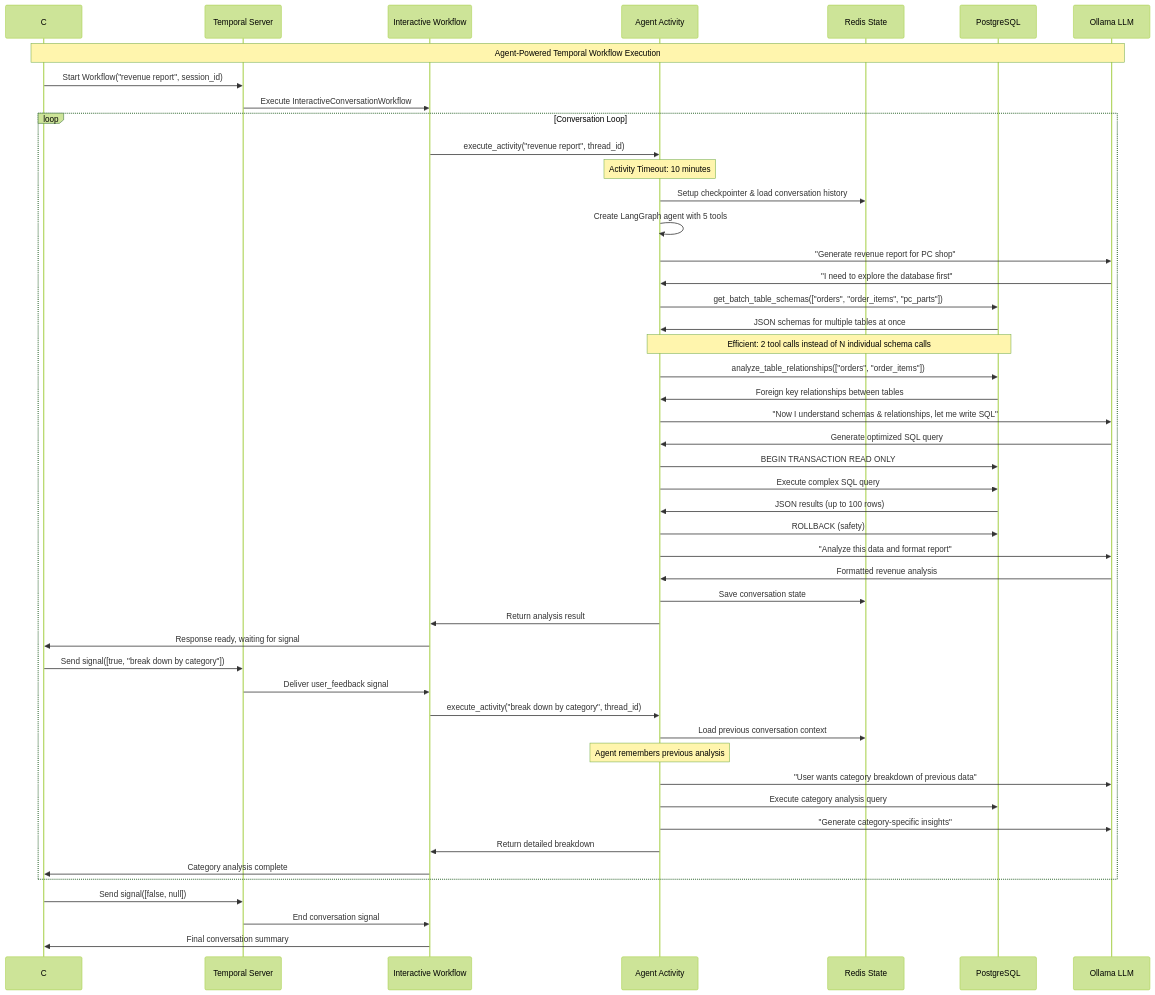
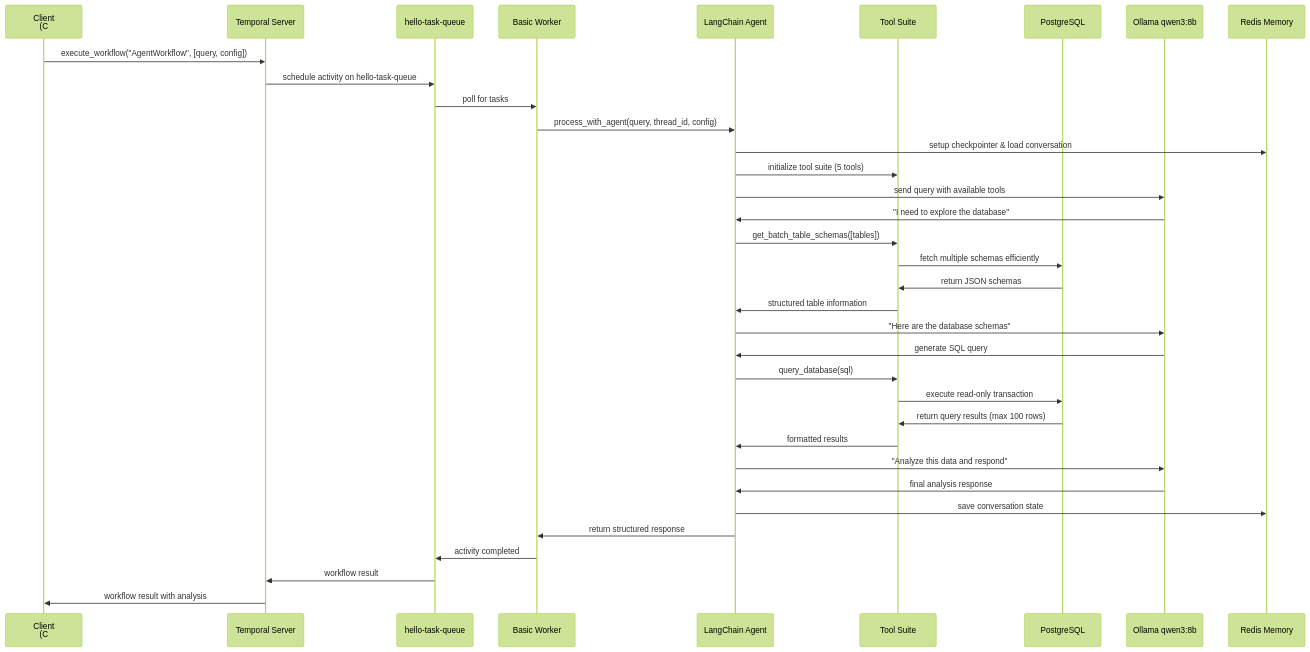
One commit to GethosTheWalrus/langgraph-temporal-workflow changed the second of 4 diagrams in README.md. Above: the diagram before and after it, drawn with Mermaid (forest theme). The commit also changed other lines of this file and 27 other files, not shown here.

Commit message:
add tools, workflows, and activities for a customer support case resolution workflow

````diff
--- a/README.md
+++ b/README.md
@@ -148,67 +188,42 @@
 ```mermaid
 sequenceDiagram
-    participant Client as C# Client
+    participant Client as Client<br/>(C# or Python)
     participant Temporal as Temporal Server
-    participant Workflow as Interactive Workflow
-    participant Agent as Agent Activity
-    participant Redis as Redis State
+    participant Queue as hello-task-queue
+    participant Worker as Basic Worker
+    participant Agent as LangChain Agent
+    participant Tools as Tool Suite
     participant DB as PostgreSQL
-    participant Ollama as Ollama LLM
+    participant LLM as Ollama qwen3:8b
+    participant Redis as Redis Memory
     
-    Note over Client,Ollama: Agent-Powered Temporal Workflow Execution
+    Client->>Temporal: execute_workflow("AgentWorkflow", [query, config])
+    Temporal->>Queue: schedule activity on hello-task-queue
+    Queue->>Worker: poll for tasks
+    Worker->>Agent: process_with_agent(query, thread_id, config)
     
-    Client->>Temporal: Start Workflow("revenue report", session_id)
-    Temporal->>Workflow: Execute InteractiveConversationWorkflow
+    Agent->>Redis: setup checkpointer & load conversation
+    Agent->>Tools: initialize tool suite (5 tools)
+    Agent->>LLM: send query with available tools
     
-    loop Conversation Loop
-        Workflow->>Agent: execute_activity("revenue report", thread_id)
-        Note over Agent: Activity Timeout: 10 minutes
-        
-        Agent->>Redis: Setup checkpointer & load conversation history
-        Agent->>Agent: Create LangGraph agent with 5 tools
-        
-        Agent->>Ollama: "Generate revenue report for PC shop"
-        Ollama->>Agent: "I need to explore the database first"
-        
-        Agent->>DB: get_batch_table_schemas(["orders", "order_items", "pc_parts"])
-        DB->>Agent: JSON schemas for multiple tables at once
-        Note over Agent,DB: Efficient: 2 tool calls instead of N individual schema calls
-        
-        Agent->>DB: analyze_table_relationships(["orders", "order_items"])
-        DB->>Agent: Foreign key relationships between tables
-        
-        Agent->>Ollama: "Now I understand schemas & relationships, let me write SQL"
-        Ollama->>Agent: Generate optimized SQL query
-        
-        Agent->>DB: BEGIN TRANSACTION READ ONLY
-        Agent->>DB: Execute complex SQL query
-        DB->>Agent: JSON results (up to 100 rows)
-        Agent->>DB: ROLLBACK (safety)
-        
-        Agent->>Ollama: "Analyze this data and format report"
-        Ollama->>Agent: Formatted revenue analysis
-        
-        Agent->>Redis: Save conversation state
-        Agent->>Workflow: Return analysis result
-        
-        Workflow->>Client: Response ready, waiting for signal
-        
-        Client->>Temporal: Send signal([true, "break down by category"])
-        Temporal->>Workflow: Deliver user_feedback signal
-        
-        Workflow->>Agent: execute_activity("break down by category", thread_id)
-        Agent->>Redis: Load previous conversation context
-        Note over Agent: Agent remembers previous analysis
-        
-        Agent->>Ollama: "User wants category breakdown of previous data"
-        Agent->>DB: Execute category analysis query
-        Agent->>Ollama: "Generate category-specific insights"
-        Agent->>Workflow: Return detailed breakdown
-        
-        Workflow->>Client: Category analysis complete
-    end
+    LLM->>Agent: "I need to explore the database"
+    Agent->>Tools: get_batch_table_schemas([tables])
+    Tools->>DB: fetch multiple schemas efficiently  
+    DB->>Tools: return JSON schemas
+    Tools->>Agent: structured table information
     
-    Client->>Temporal: Send signal([false, null])
-    Temporal->>Workflow: End conversation signal
-    Workflow->>Client: Final conversation summary
+    Agent->>LLM: "Here are the database schemas"
+    LLM->>Agent: generate SQL query
+    Agent->>Tools: query_database(sql)
+    Tools->>DB: execute read-only transaction
+    DB->>Tools: return query results (max 100 rows)
+    Tools->>Agent: formatted results
+    
+    Agent->>LLM: "Analyze this data and respond"
+    LLM->>Agent: final analysis response
+    Agent->>Redis: save conversation state
+    Agent->>Worker: return structured response
+    Worker->>Queue: activity completed
+    Queue->>Temporal: workflow result
+    Temporal->>Client: workflow result with analysis
 ```
````
